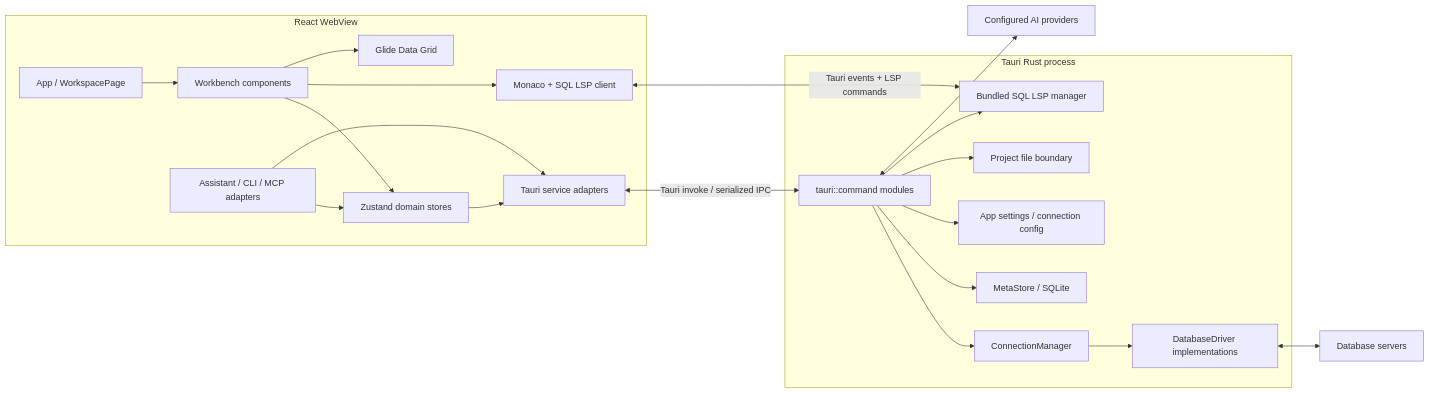
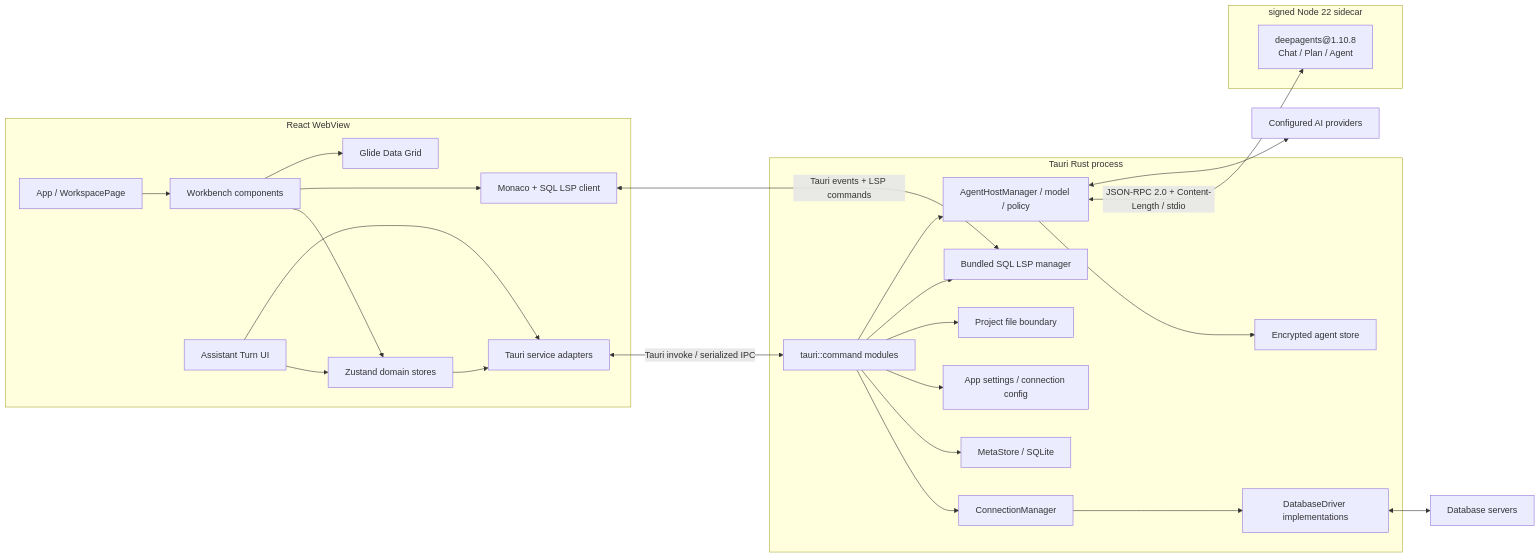
One commit to RainLib/OxideStudio changed the first of 2 diagrams in docs/architecture.md. Above: the diagram before and after it, drawn with Mermaid. The commit also changed other lines of this file and 136 other files, not shown here.

````diff
--- a/docs/architecture.md
+++ b/docs/architecture.md
@@ -16,42 +16,51 @@
 ```mermaid
 flowchart LR
     subgraph WebView["React WebView"]
         App["App / WorkspacePage"]
         UI["Workbench components"]
         Stores["Zustand domain stores"]
         Services["Tauri service adapters"]
         Monaco["Monaco + SQL LSP client"]
         Grid["Glide Data Grid"]
-        AIUI["Assistant / CLI / MCP adapters"]
+        AIUI["Assistant Turn UI"]
 
         App --> UI
         UI --> Stores
         UI --> Monaco
         UI --> Grid
         Stores --> Services
         AIUI --> Stores
         AIUI --> Services
     end
 
     subgraph Rust["Tauri Rust process"]
         Commands["tauri::command modules"]
         Manager["ConnectionManager"]
         Drivers["DatabaseDriver implementations"]
         Meta["MetaStore / SQLite"]
         Config["App settings / connection config"]
         ProjectFiles["Project file boundary"]
         LSP["Bundled SQL LSP manager"]
+        Agent["AgentHostManager / model / policy"]
+        AgentStore["Encrypted agent store"]
 
         Commands --> Manager
         Manager --> Drivers
         Commands --> Meta
         Commands --> Config
         Commands --> ProjectFiles
         Commands --> LSP
+        Commands --> Agent
+        Agent --> AgentStore
+    end
+
+    subgraph Sidecar["signed Node 22 sidecar"]
+        DeepAgents["deepagents@1.10.8\nChat / Plan / Agent"]
     end
 
     Services <--> |"Tauri invoke / serialized IPC"| Commands
     Monaco <--> |"Tauri events + LSP commands"| LSP
+    Agent <--> |"JSON-RPC 2.0 + Content-Length / stdio"| DeepAgents
     Drivers <--> DB["Database servers"]
-    Commands <--> Providers["Configured AI providers"]
+    Agent <--> Providers["Configured AI providers"]
 ```
````
